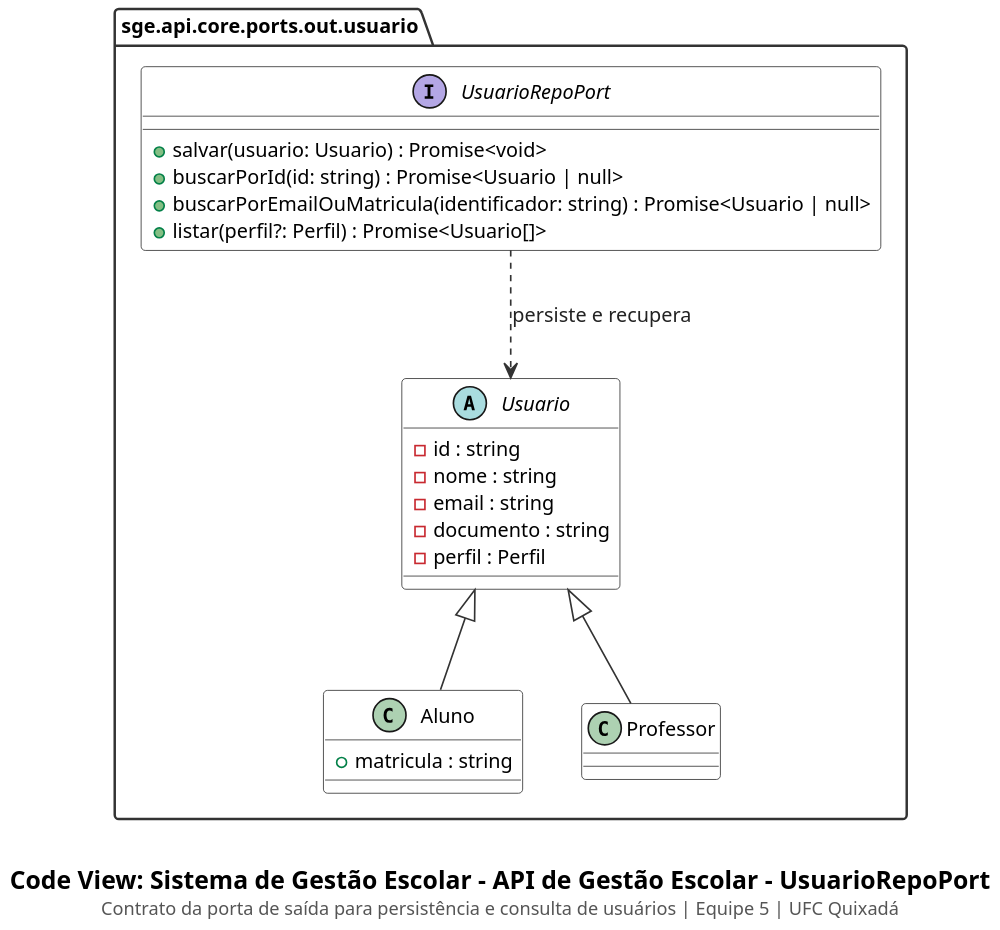
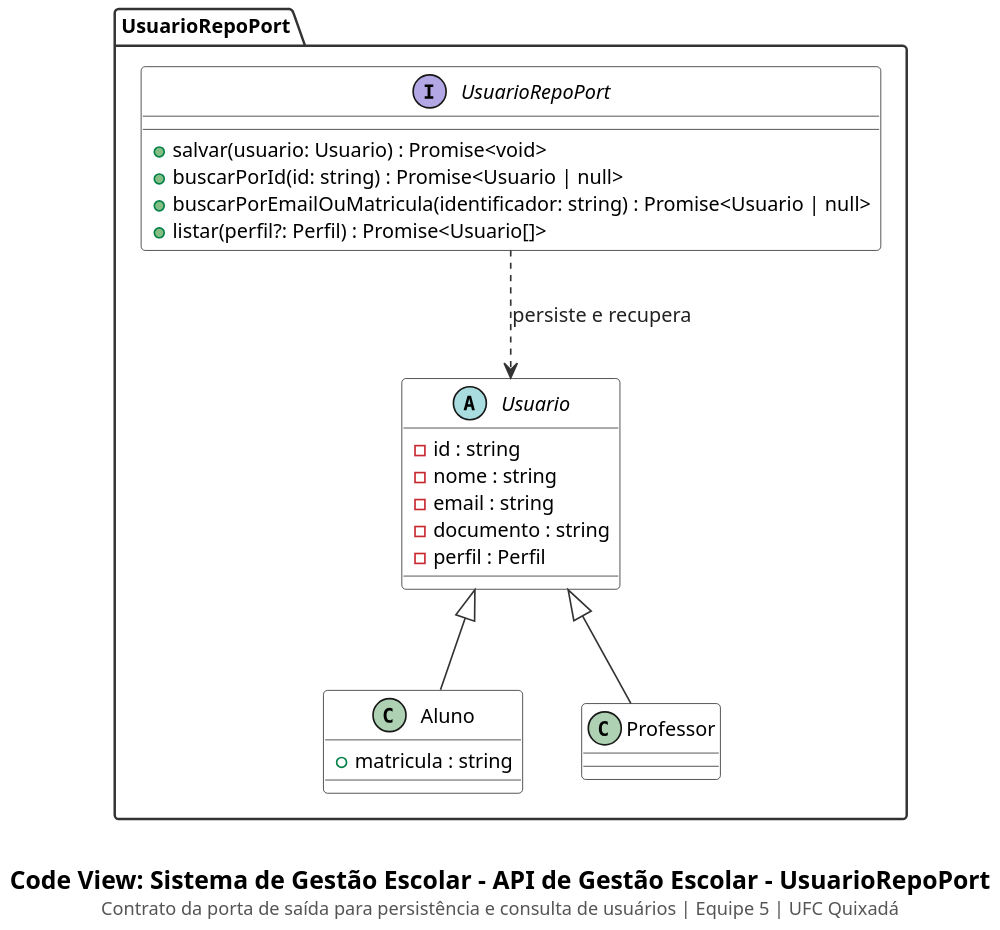
One commit to cicerocarnauba/sistema-gestao-escolar changed the diagram in docs/code/usuario-repo-port.puml. Above: the diagram before and after it, drawn with PlantUML. The commit also changed 14 other files, not shown here.

```diff
--- a/docs/code/usuario-repo-port.puml
+++ b/docs/code/usuario-repo-port.puml
@@ -1,48 +1,48 @@
 @startuml
 set separator none
 top to bottom direction
 skinparam backgroundColor #FFFFFF
 skinparam shadowing false
 skinparam dpi 180
 skinparam defaultFontName "SansSerif"
 skinparam defaultFontSize 12
 skinparam packageStyle folder
 skinparam packageBackgroundColor #FFFFFF
 skinparam packageBorderColor #333333
 skinparam packageFontStyle bold
 skinparam classBackgroundColor #FFFFFF
 skinparam classHeaderBackgroundColor #FFFFFF
 skinparam classBorderColor #333333
 skinparam arrowColor #333333
 skinparam arrowFontColor #222222
 skinparam noteBackgroundColor #FAFAFA
 skinparam noteBorderColor #666666
 
-package "sge.api.core.ports.out.usuario" {
+package "UsuarioRepoPort" as pkg_usuario_repo_port {
     interface UsuarioRepoPort {
         + salvar(usuario: Usuario) : Promise<void>
         + buscarPorId(id: string) : Promise<Usuario | null>
         + buscarPorEmailOuMatricula(identificador: string) : Promise<Usuario | null>
         + listar(perfil?: Perfil) : Promise<Usuario[]>
     }
 
     abstract class Usuario {
         - id : string
         - nome : string
         - email : string
         - documento : string
         - perfil : Perfil
     }
 
     class Aluno extends Usuario {
         + matricula : string
     }
 
     class Professor extends Usuario {
     }
 
     UsuarioRepoPort ..> Usuario : persiste e recupera
 }
 
 caption \n<size:15><b>Code View: Sistema de Gestão Escolar - API de Gestão Escolar - UsuarioRepoPort</b></size>\n<size:11><color:#555555>Contrato da porta de saída para persistência e consulta de usuários | Equipe 5 | UFC Quixadá</color></size>
 @enduml
```
